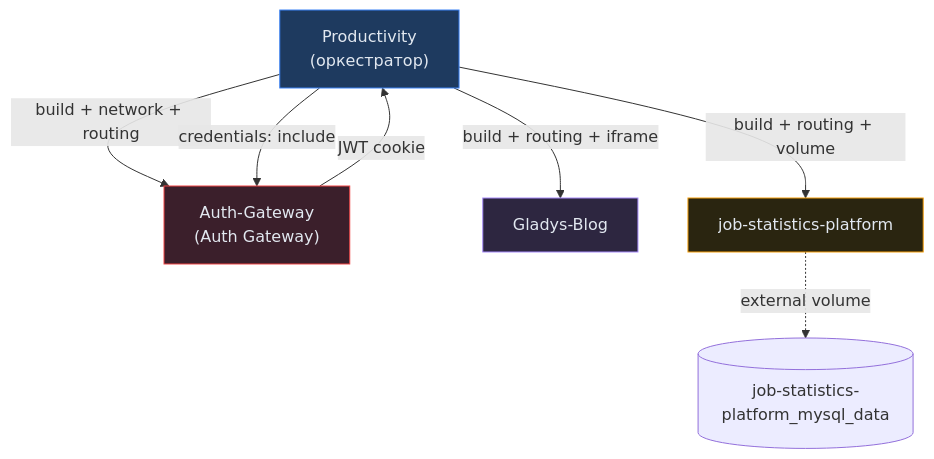
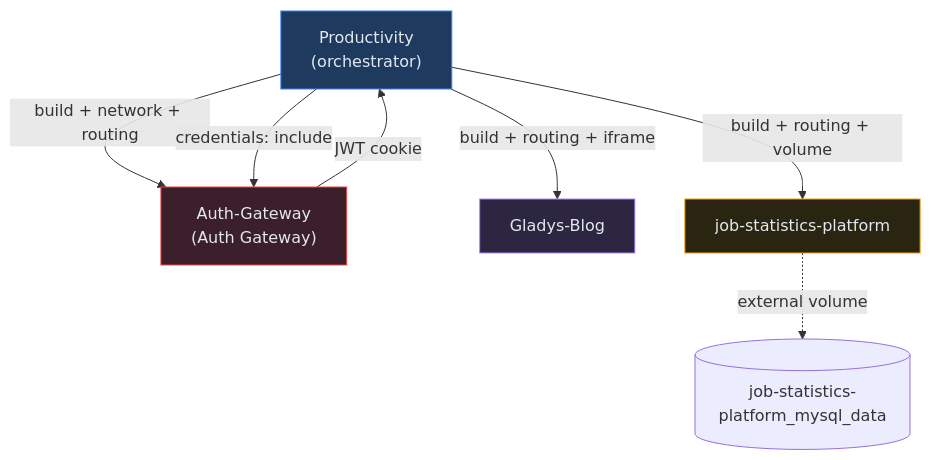
One commit to Finc8888/Dashboard changed diagram 13 of 13 in ARCHITECTURE.md. Above: the diagram before and after it, drawn with Mermaid. The commit also changed other lines of this file and 4 other files, not shown here.

````diff
--- a/ARCHITECTURE.md
+++ b/ARCHITECTURE.md
@@ -805,22 +805,22 @@
 ```mermaid
 flowchart TB
-    PROD["Productivity<br/>(оркестратор)"]
+    PROD["Productivity<br/>(orchestrator)"]
 
     ECON["Auth-Gateway<br/>(Auth Gateway)"]
     BLOG["Gladys-Blog"]
     JOBS["job-statistics-platform"]
 
     PROD -->|"build + network + routing"| ECON
     PROD -->|"build + routing + iframe"| BLOG
     PROD -->|"build + routing + volume"| JOBS
 
     ECON -->|"JWT cookie"| PROD
     PROD -->|"credentials: include"| ECON
 
     JOBS -.->|"external volume"| JOBS_VOL[("job-statistics-platform_mysql_data")]
 
     style PROD fill:#1e3a5f,stroke:#3b82f6,color:#e2e8f0
     style ECON fill:#3b1f2b,stroke:#ef4444,color:#e2e8f0
     style BLOG fill:#2d2640,stroke:#a78bfa,color:#e2e8f0
     style JOBS fill:#2a2510,stroke:#f59e0b,color:#e2e8f0
 ```
````
